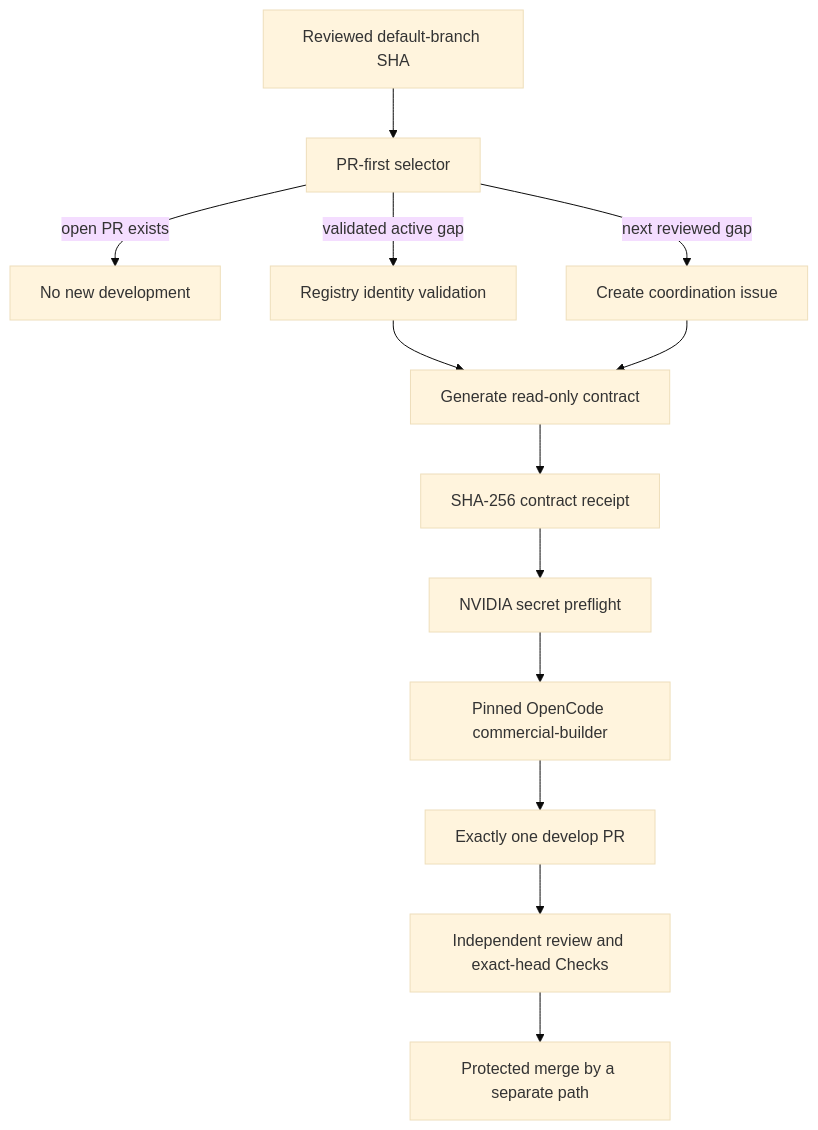
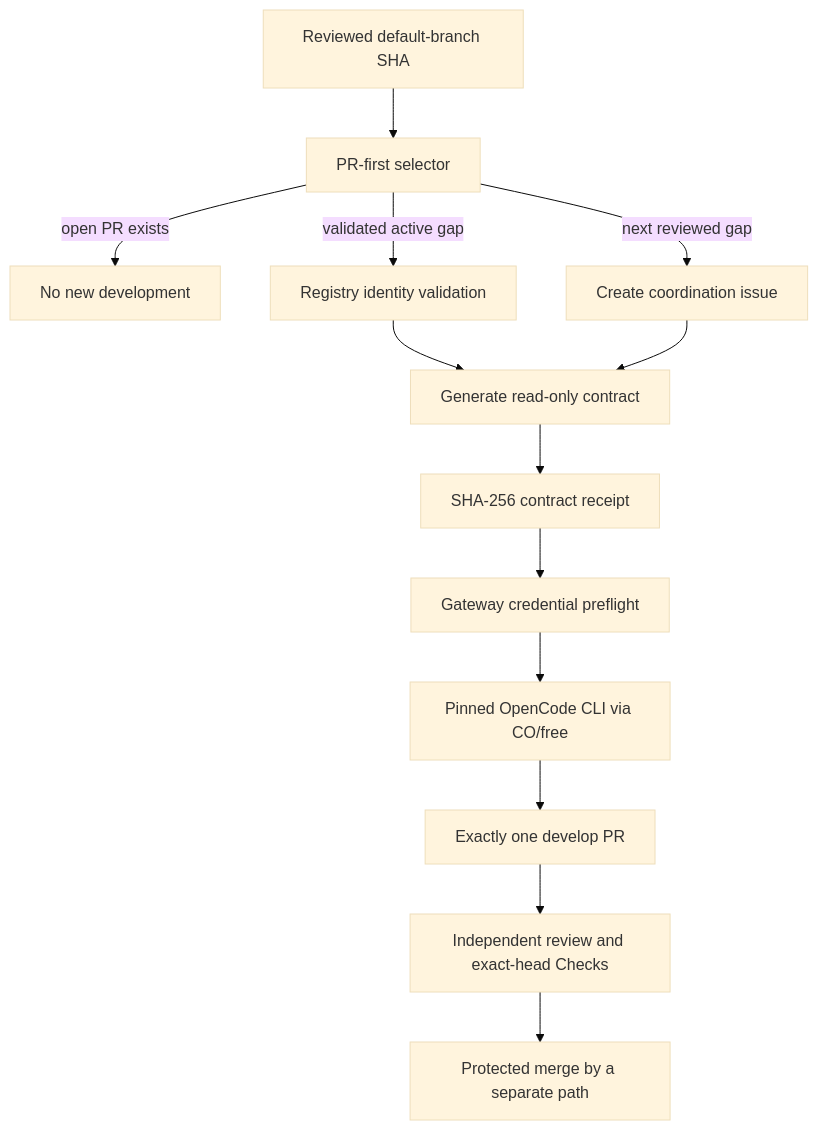
Before and after one commit to ContextualWisdomLab/appguardrail: the diagram in docs/opencode-commercial-readiness-agent.md, drawn with Mermaid (base theme). The commit also changed other lines of this file, not shown here.

Commit message:
docs: align OpenCode agent contract with CO/free

````diff
--- a/docs/opencode-commercial-readiness-agent.md
+++ b/docs/opencode-commercial-readiness-agent.md
@@ -43,15 +35,15 @@
 ```mermaid
 flowchart TD
     A[Reviewed default-branch SHA] --> B[PR-first selector]
     B -->|open PR exists| C[No new development]
     B -->|validated active gap| D[Registry identity validation]
     B -->|next reviewed gap| E[Create coordination issue]
     D --> F[Generate read-only contract]
     E --> F
     F --> G[SHA-256 contract receipt]
-    G --> H[NVIDIA secret preflight]
-    H --> I[Pinned OpenCode commercial-builder]
+    G --> H[Gateway credential preflight]
+    H --> I[Pinned OpenCode CLI via CO/free]
     I --> J[Exactly one develop PR]
     J --> K[Independent review and exact-head Checks]
     K --> L[Protected merge by a separate path]
 ```
````
